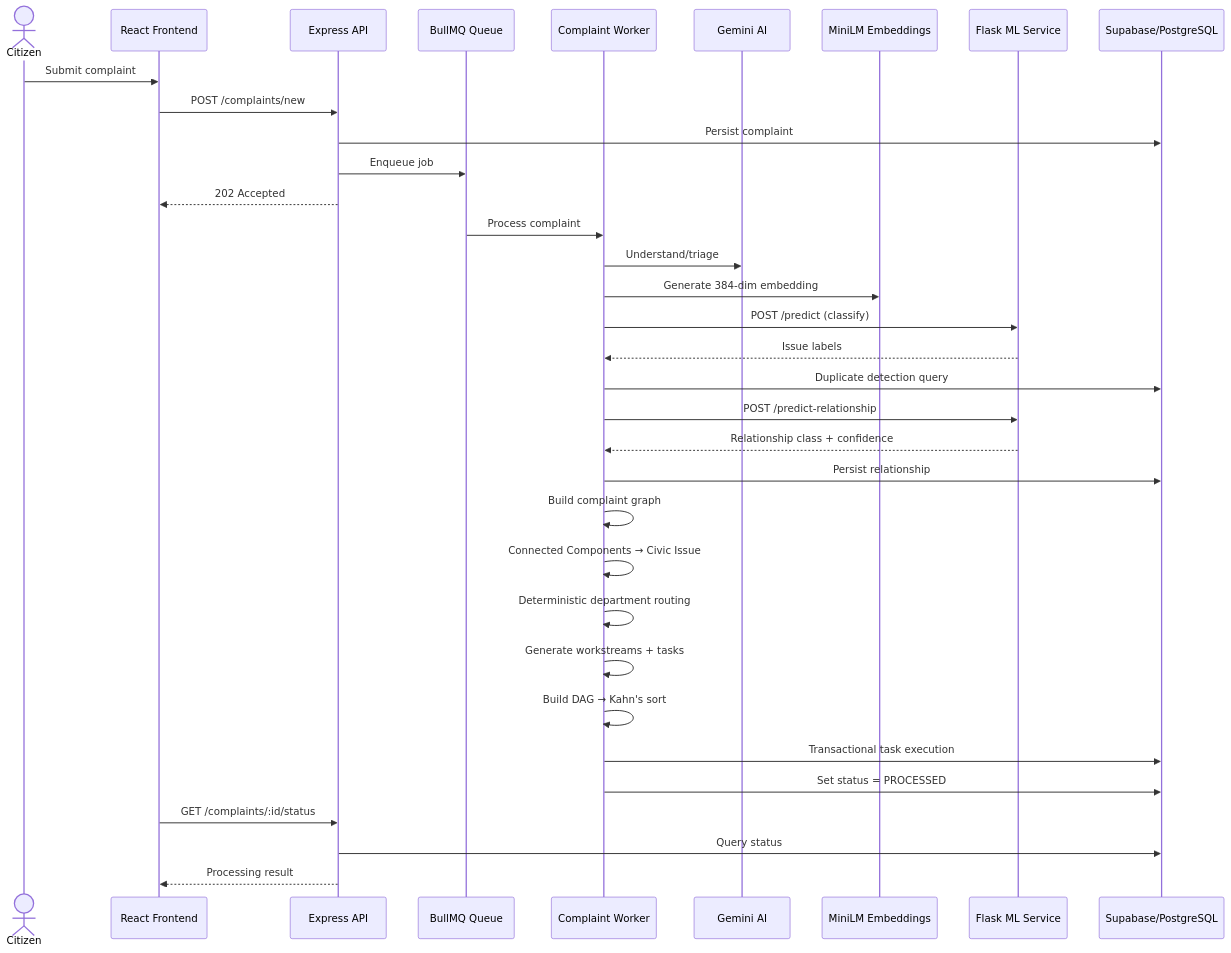
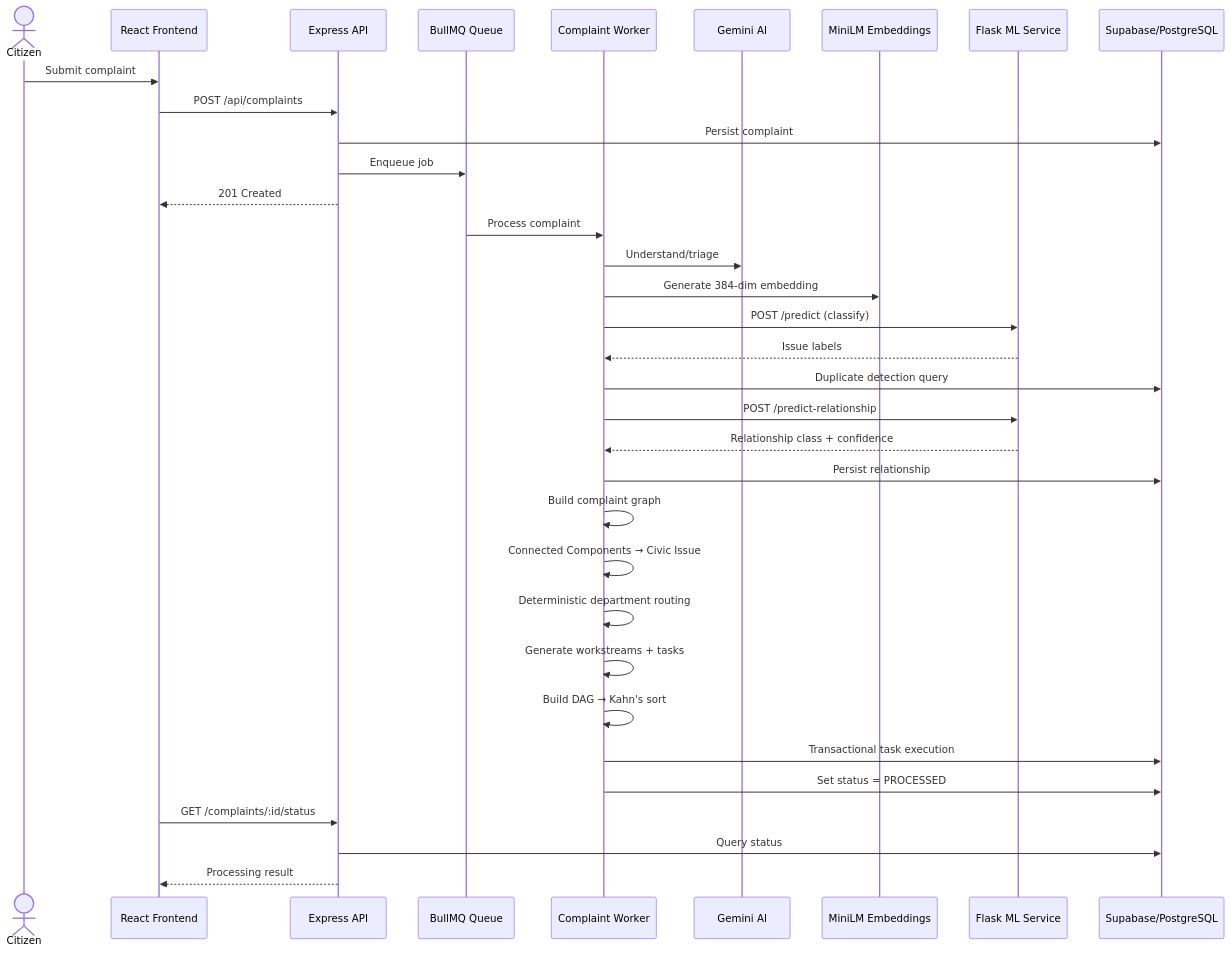
One commit to Vishh70/grievanceiq changed the second of 3 diagrams in README.md. Above: the diagram before and after it, drawn with Mermaid. The commit also changed other lines of this file and 27 other files, not shown here.

````diff
--- a/README.md
+++ b/README.md
@@ -261,39 +261,39 @@
 ```mermaid
 sequenceDiagram
     actor Citizen
     participant FE as React Frontend
     participant API as Express API
     participant Q as BullMQ Queue
     participant W as Complaint Worker
     participant AI as Gemini AI
     participant EMB as MiniLM Embeddings
     participant ML as Flask ML Service
     participant DB as Supabase/PostgreSQL
 
     Citizen->>FE: Submit complaint
-    FE->>API: POST /complaints/new
+    FE->>API: POST /api/complaints
     API->>DB: Persist complaint
     API->>Q: Enqueue job
-    API-->>FE: 202 Accepted
+    API-->>FE: 201 Created
     
     Q->>W: Process complaint
     W->>AI: Understand/triage
     W->>EMB: Generate 384-dim embedding
     W->>ML: POST /predict (classify)
     ML-->>W: Issue labels
     W->>DB: Duplicate detection query
     W->>ML: POST /predict-relationship
     ML-->>W: Relationship class + confidence
     W->>DB: Persist relationship
     W->>W: Build complaint graph
     W->>W: Connected Components → Civic Issue
     W->>W: Deterministic department routing
     W->>W: Generate workstreams + tasks
     W->>W: Build DAG → Kahn's sort
     W->>DB: Transactional task execution
     W->>DB: Set status = PROCESSED
     
     FE->>API: GET /complaints/:id/status
     API->>DB: Query status
     API-->>FE: Processing result
 ```
````
